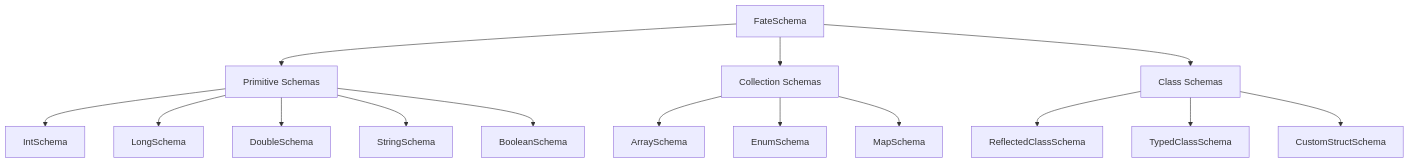
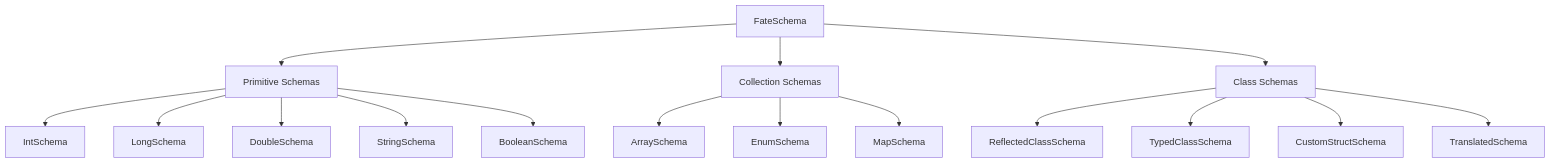
Before and after one commit to HermesFTC/FateWeaver: the diagram in docs/docs/schemas.md, drawn with Mermaid. The commit also changed other lines of this file and 8 other files, not shown here.

````diff
--- a/docs/docs/schemas.md
+++ b/docs/docs/schemas.md
@@ -18,20 +16,21 @@
 ```mermaid
 graph TD
     A[FateSchema] --> B[Primitive Schemas]
     A --> C[Collection Schemas]
     A --> D[Class Schemas]
 
     B --> B1[IntSchema]
     B --> B2[LongSchema]
     B --> B3[DoubleSchema]
     B --> B4[StringSchema]
     B --> B5[BooleanSchema]
 
     C --> C1[ArraySchema]
     C --> C2[EnumSchema]
     C --> C3[MapSchema]
 
     D --> D1[ReflectedClassSchema]
     D --> D2[TypedClassSchema]
     D --> D3[CustomStructSchema]
+    D --> D4[TranslatedSchema]
 ```
````
